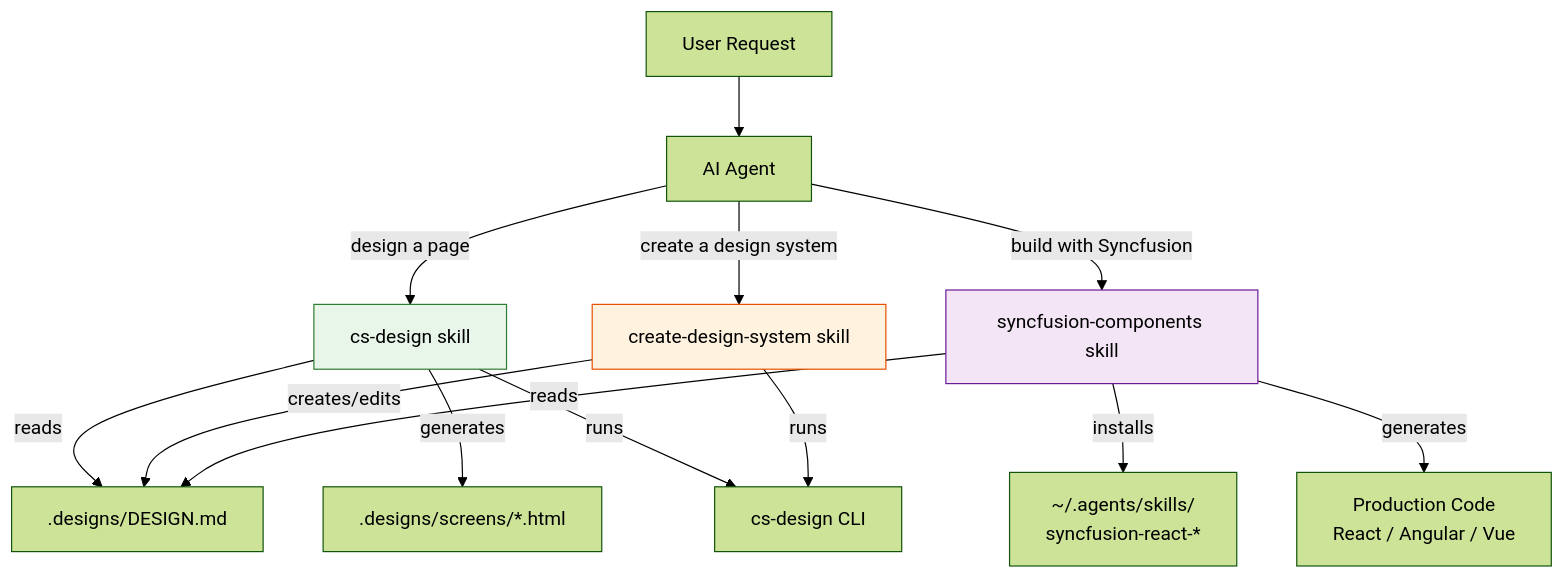
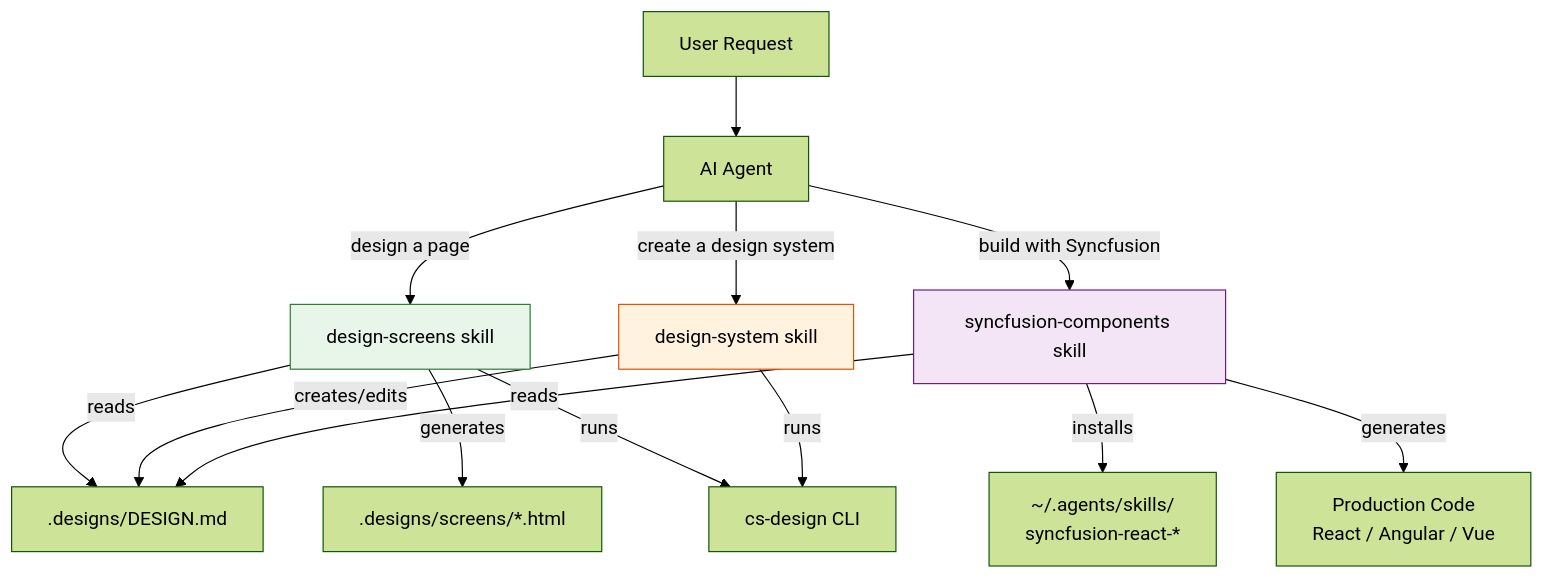
Before and after one commit to praveen-hari/cs-design: the diagram in docs/agent-skills-guide.md, drawn with Mermaid (forest theme). The commit also changed other lines of this file and 1 other file, not shown here.

First line of the commit message:
docs: update for plugin architecture

````diff
--- a/docs/agent-skills-guide.md
+++ b/docs/agent-skills-guide.md
@@ -34,22 +58,22 @@
 ```mermaid
 graph TD
     User["User Request"] --> Agent["AI Agent"]
-    Agent --> |"design a page"| S1["cs-design skill"]
-    Agent --> |"create a design system"| S2["create-design-system skill"]
+    Agent --> |"design a page"| S1["design-screens skill"]
+    Agent --> |"create a design system"| S2["design-system skill"]
     Agent --> |"build with Syncfusion"| S3["syncfusion-components skill"]
 
     S1 --> |reads| DM[".designs/DESIGN.md"]
     S1 --> |generates| Screens[".designs/screens/*.html"]
     S1 --> |runs| CLI["cs-design CLI"]
 
     S2 --> |creates/edits| DM
     S2 --> |runs| CLI
 
     S3 --> |installs| CompSkills["~/.agents/skills/<br/>syncfusion-react-*"]
     S3 --> |reads| DM
     S3 --> |generates| Code["Production Code<br/>React / Angular / Vue"]
 
     style S1 fill:#e8f5e9,stroke:#2e7d32
     style S2 fill:#fff3e0,stroke:#e65100
     style S3 fill:#f3e5f5,stroke:#6a1b9a
 ```
````
